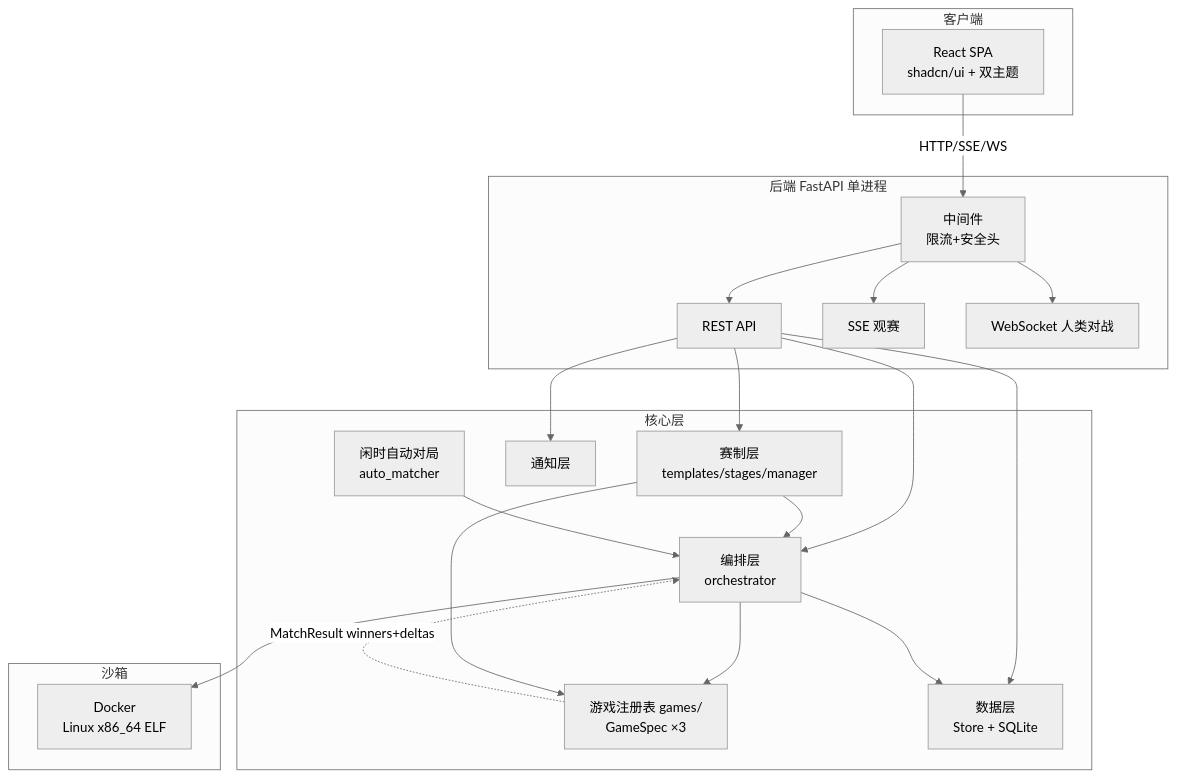
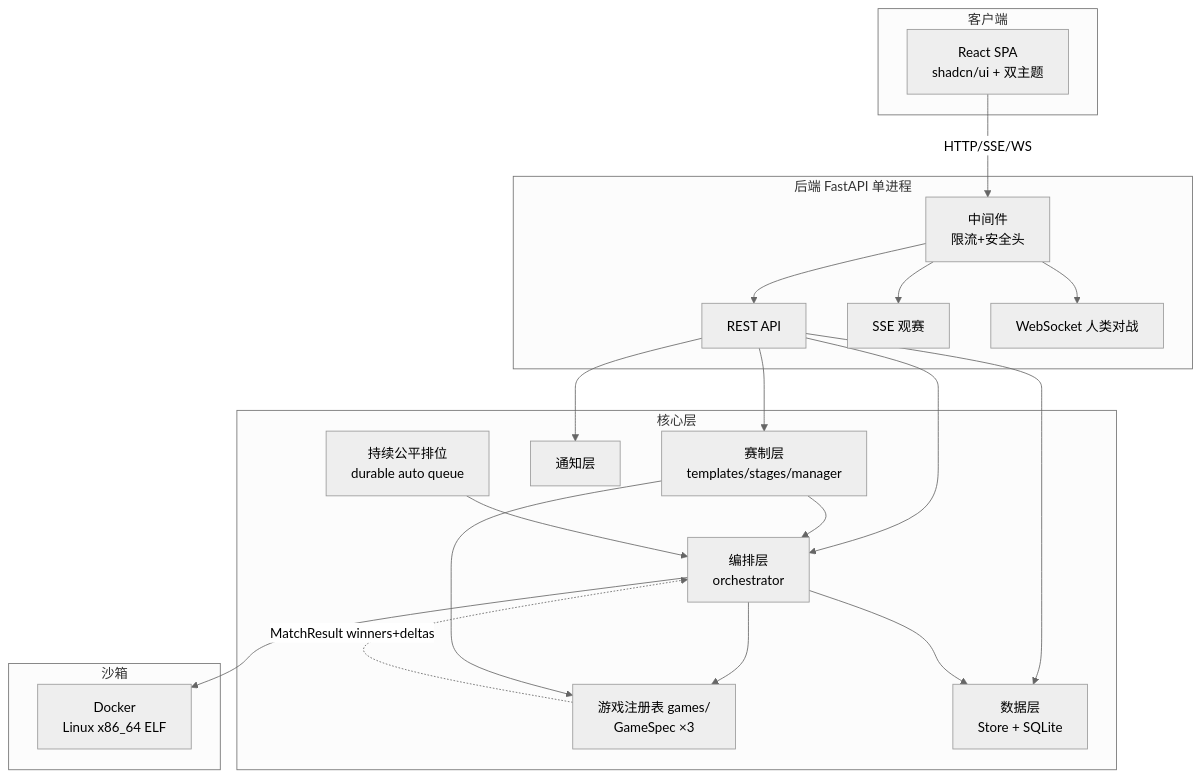
Before and after one commit to zhouzixiang1/botbattle: the first of 2 diagrams in doc/DESIGN.md, drawn with Mermaid (neutral theme). The commit also changed other lines of this file and 33 other files, not shown here.

Commit message:
feat: add continuous fair auto-match queue

````diff
--- a/doc/DESIGN.md
+++ b/doc/DESIGN.md
@@ -11,33 +11,33 @@
 ```mermaid
 graph TB
     subgraph 客户端
         FE[React SPA<br/>shadcn/ui + 双主题]
     end
     subgraph 后端 FastAPI 单进程
         API[REST API]
         SSE[SSE 观赛]
         WS[WebSocket 人类对战]
         MW[中间件<br/>限流+安全头]
     end
     subgraph 核心层
         ORCH[编排层<br/>orchestrator]
         GAMES[游戏注册表 games/<br/>GameSpec ×3]
         CONTEST[赛制层<br/>templates/stages/manager]
         STORE[数据层<br/>Store + SQLite]
         NOTIFY[通知层]
-        AUTO[闲时自动对局<br/>auto_matcher]
+        AUTO[持续公平排位<br/>durable auto queue]
     end
     subgraph 沙箱
         DOCKER[Docker<br/>Linux x86_64 ELF]
     end
     FE -->|HTTP/SSE/WS| MW
     MW --> API & SSE & WS
     API --> ORCH & CONTEST & STORE & NOTIFY
     ORCH --> GAMES
     ORCH --> DOCKER
     ORCH --> STORE
     CONTEST --> ORCH
     CONTEST --> GAMES
     AUTO --> ORCH
     GAMES -.->|MatchResult winners+deltas| ORCH
 ```
````
